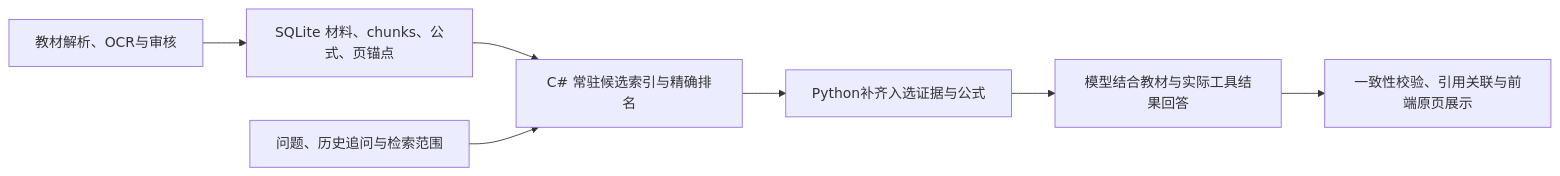
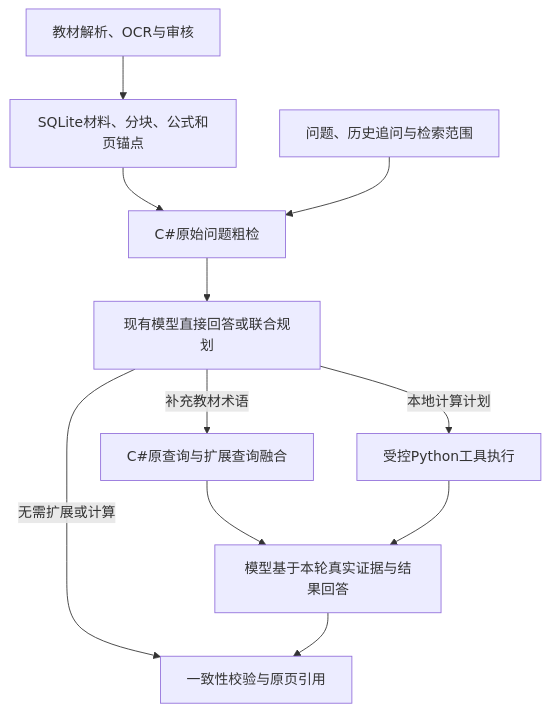
One commit to LizhToGo/Q-and-A-System changed the diagram in README.md. Above: the diagram before and after it, drawn with Mermaid. The commit also changed other lines of this file and 9 other files, not shown here.

````diff
--- a/README.md
+++ b/README.md
@@ -354,9 +354,13 @@
 ```mermaid
-flowchart LR
-    A[教材解析、OCR与审核] --> B[SQLite 材料、chunks、公式、页锚点]
-    B --> C[C# 常驻候选索引与精确排名]
+flowchart TD
+    A[教材解析、OCR与审核] --> B[SQLite材料、分块、公式和页锚点]
+    B --> C[C#原始问题粗检]
     Q[问题、历史追问与检索范围] --> C
-    C --> D[Python补齐入选证据与公式]
-    D --> E[模型结合教材与实际工具结果回答]
-    E --> F[一致性校验、引用关联与前端原页展示]
+    C --> P[现有模型直接回答或联合规划]
+    P -->|无需扩展或计算| F[一致性校验与原页引用]
+    P -->|补充教材术语| R[C#原查询与扩展查询融合]
+    P -->|本地计算计划| T[受控Python工具执行]
+    R --> E[模型基于本轮真实证据与结果回答]
+    T --> E
+    E --> F
 ```
````
